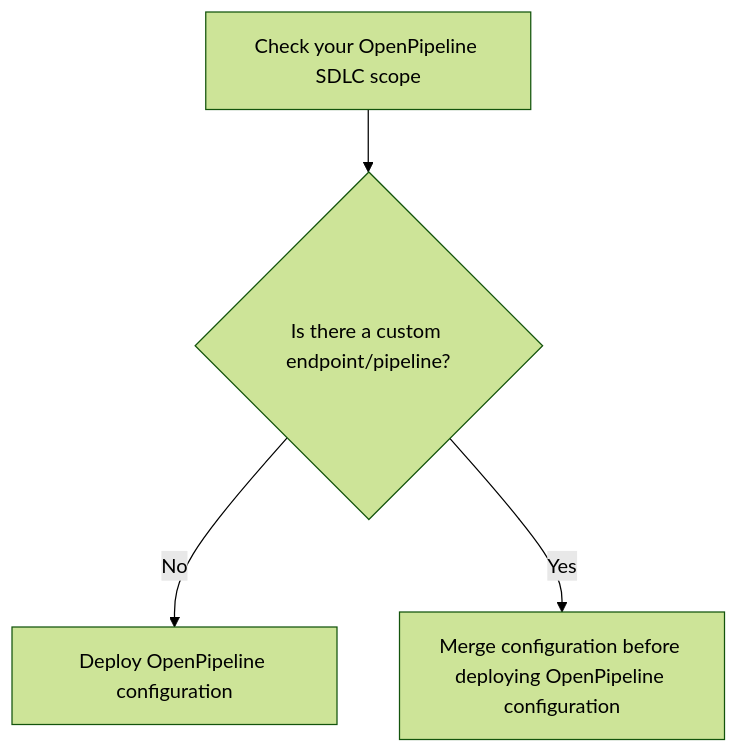
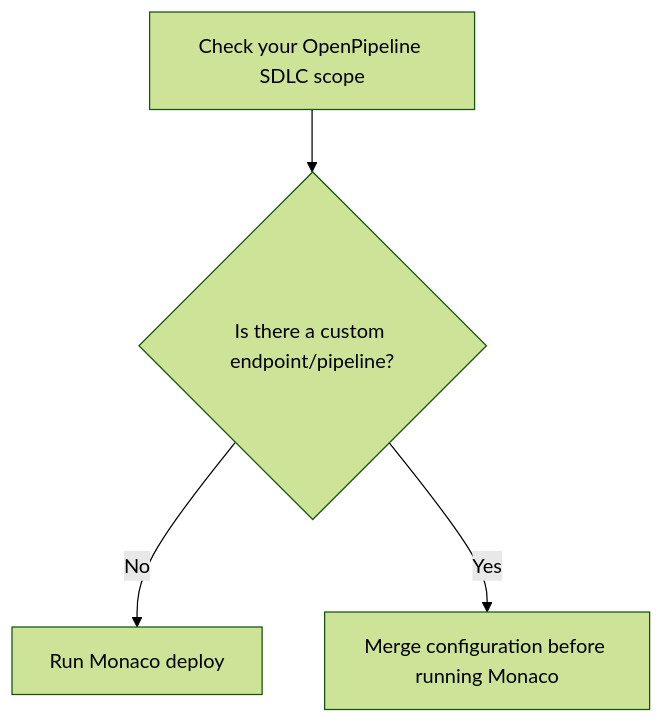
One commit to Dynatrace/dynatrace-configuration-as-code-samples changed the diagram in github_pipeline_observability/README.md. Above: the diagram before and after it, drawn with Mermaid (forest theme). The commit also changed other lines of this file and 1 other file, not shown here.

````diff
--- a/github_pipeline_observability/README.md
+++ b/github_pipeline_observability/README.md
@@ -58,6 +58,6 @@
 ```mermaid
 flowchart TD
   A[Check your OpenPipeline SDLC scope] --> B{Is there a custom endpoint/pipeline?};
-  B -- No --> C[Deploy OpenPipeline configuration]
-  B -- Yes --> D[Merge configuration before deploying OpenPipeline configuration]
+  B -- No --> C[Run Monaco deploy]
+  B -- Yes --> D[Merge configuration before running Monaco]
 ```
````
